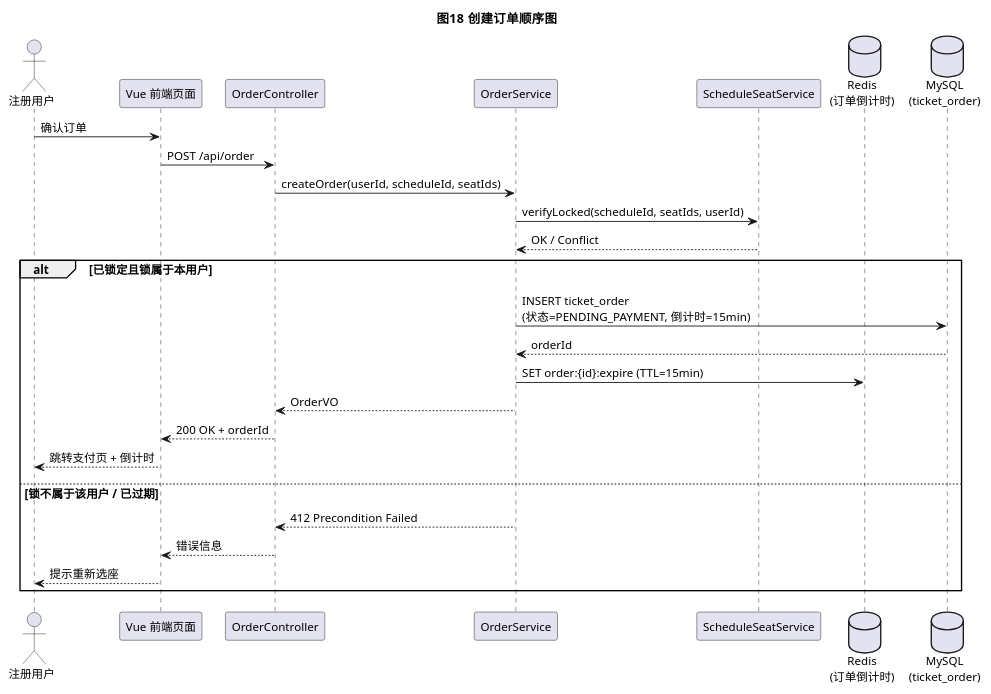
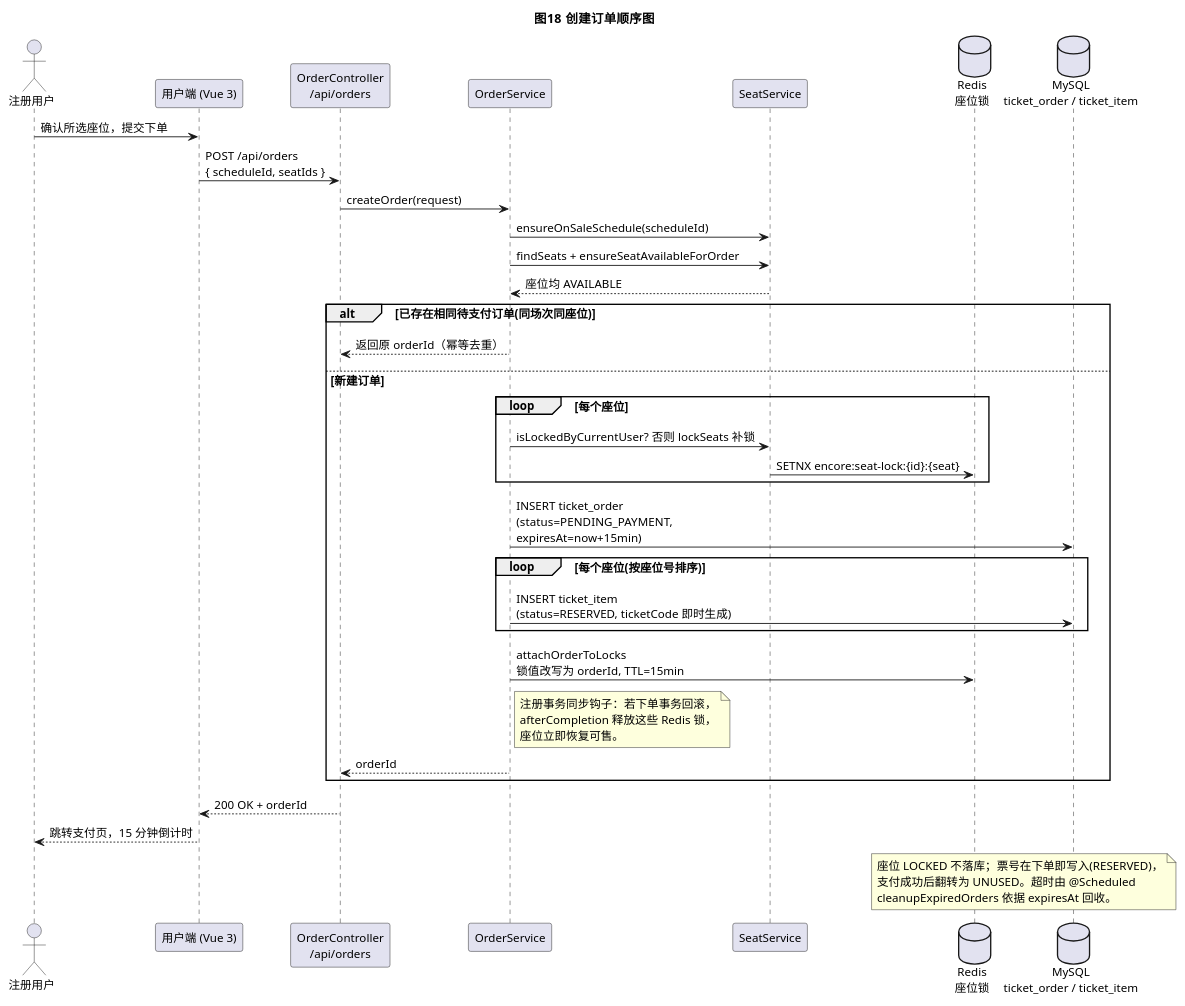
Before and after one commit to L0ne1y4Ever/ENCORE: the diagram in uml-source/figure-16.puml, drawn with PlantUML. The commit also changed 89 other files, not shown here.

```diff
--- a/uml-source/figure-16.puml
+++ b/uml-source/figure-16.puml
@@ -1,33 +1,49 @@
 @startuml
 !pragma teoz true
 skinparam shadowing false
 skinparam DefaultFontName "Microsoft YaHei"
 skinparam DefaultFontSize 13
 title 图18  创建订单顺序图
 
 actor "注册用户" as User
-participant "Vue 前端页面" as FE
-participant "OrderController" as Ctrl
+participant "用户端 (Vue 3)" as FE
+participant "OrderController\n/api/orders" as Ctrl
 participant "OrderService" as OS
-participant "ScheduleSeatService" as SS
-database "Redis\n(订单倒计时)" as Redis
-database "MySQL\n(ticket_order)" as DB
+participant "SeatService" as SS
+database "Redis\n座位锁" as Redis
+database "MySQL\nticket_order / ticket_item" as DB
 
-User -> FE : 确认订单
-FE -> Ctrl : POST /api/order
-Ctrl -> OS : createOrder(userId, scheduleId, seatIds)
-OS -> SS : verifyLocked(scheduleId, seatIds, userId)
-SS --> OS : OK / Conflict
-alt 已锁定且锁属于本用户
-  OS -> DB : INSERT ticket_order\n(状态=PENDING_PAYMENT, 倒计时=15min)
-  DB --> OS : orderId
-  OS -> Redis : SET order:{id}:expire (TTL=15min)
-  OS --> Ctrl : OrderVO
-  Ctrl --> FE : 200 OK + orderId
-  FE --> User : 跳转支付页 + 倒计时
-else 锁不属于该用户 / 已过期
-  OS --> Ctrl : 412 Precondition Failed
-  Ctrl --> FE : 错误信息
-  FE --> User : 提示重新选座
+User -> FE : 确认所选座位，提交下单
+FE -> Ctrl : POST /api/orders\n{ scheduleId, seatIds }
+Ctrl -> OS : createOrder(request)
+OS -> SS : ensureOnSaleSchedule(scheduleId)
+OS -> SS : findSeats + ensureSeatAvailableForOrder
+SS --> OS : 座位均 AVAILABLE
+alt 已存在相同待支付订单(同场次同座位)
+  OS --> Ctrl : 返回原 orderId（幂等去重）
+else 新建订单
+  loop 每个座位
+    OS -> SS : isLockedByCurrentUser? 否则 lockSeats 补锁
+    SS -> Redis : SETNX encore:seat-lock:{id}:{seat}
+  end
+  OS -> DB : INSERT ticket_order\n(status=PENDING_PAYMENT,\nexpiresAt=now+15min)
+  loop 每个座位(按座位号排序)
+    OS -> DB : INSERT ticket_item\n(status=RESERVED, ticketCode 即时生成)
+  end
+  OS -> Redis : attachOrderToLocks\n锁值改写为 orderId, TTL=15min
+  note right of OS
+    注册事务同步钩子：若下单事务回滚，
+    afterCompletion 释放这些 Redis 锁，
+    座位立即恢复可售。
+  end note
+  OS --> Ctrl : orderId
 end
+Ctrl --> FE : 200 OK + orderId
+FE --> User : 跳转支付页，15 分钟倒计时
+
+note over Redis, DB
+  座位 LOCKED 不落库；票号在下单即写入(RESERVED)，
+  支付成功后翻转为 UNUSED。超时由 @Scheduled
+  cleanupExpiredOrders 依据 expiresAt 回收。
+end note
 @enduml
```
